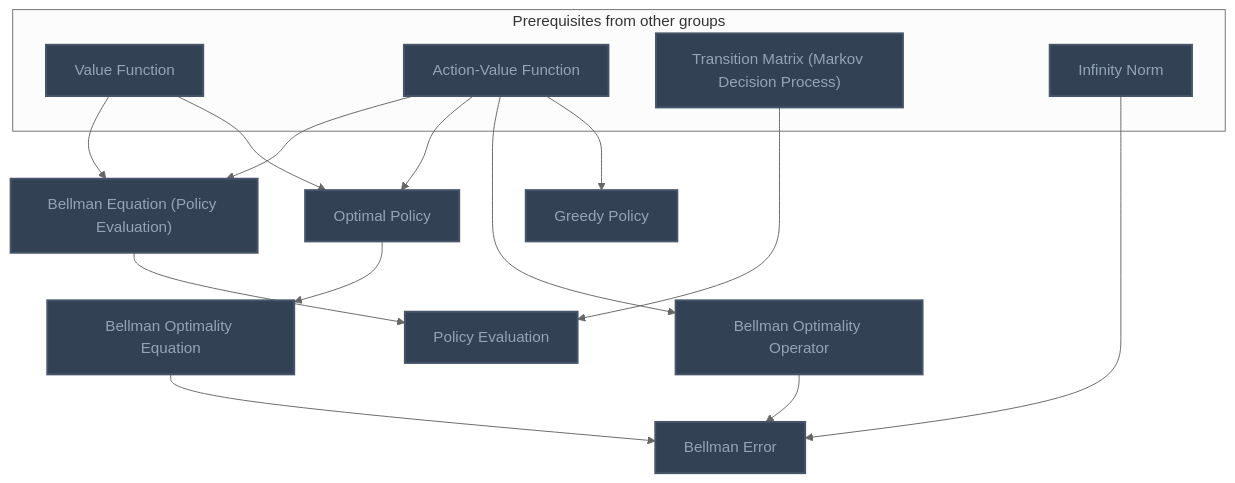
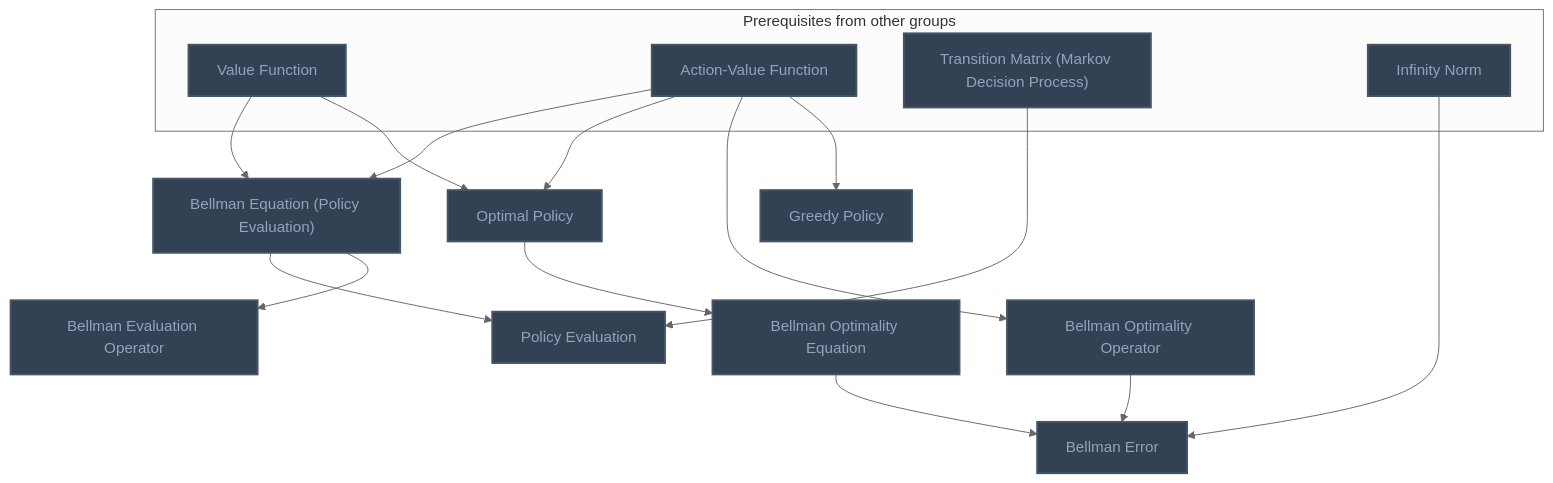
The third of 11 diagrams in Gamification/Skill Trees/Reinforcement Learning.md (MRauf1/My-Notes), drawn with Mermaid (neutral theme) before and after one commit. The commit also changed other lines of this file and 156 other files, not shown here.

````diff
--- a/Gamification/Skill Trees/Reinforcement Learning.md
+++ b/Gamification/Skill Trees/Reinforcement Learning.md
@@ -96,39 +99,41 @@
 ```mermaid
 flowchart TD
     classDef planned fill:#1E293B,stroke:#64748B,stroke-width:2px,stroke-dasharray:5 5,color:#94A3B8;
     classDef locked fill:#334155,stroke:#475569,stroke-width:2px,color:#94A3B8;
     classDef L0 fill:#F1F5F9,stroke:#94A3B8,stroke-width:2px,color:#000000;
     classDef L1 fill:#22C55E,stroke:#15803D,stroke-width:2px,color:#000000;
     classDef L2 fill:#3B82F6,stroke:#1D4ED8,stroke-width:3px,color:#FFFFFF;
     classDef L3 fill:#A855F7,stroke:#6B21A8,stroke-width:3px,color:#FFFFFF,font-weight:bold;
     classDef L4 fill:#F97316,stroke:#C2410C,stroke-width:4px,color:#000000,font-weight:bold;
     classDef L5 fill:#FFD700,stroke:#FF8C00,stroke-width:5px,color:#000000,font-weight:bold;
     classDef rusty stroke:#8B4513,stroke-width:4px,stroke-dasharray:3 3;
     subgraph sg_prereqs["Prerequisites from other groups"]
         n_value_function["Value Function"]
         n_action_value_function["Action-Value Function"]
         n_transition_matrix_markov_decision_process["Transition Matrix (Markov Decision Process)"]
         n_infinity_norm["Infinity Norm"]
     end
     n_bellman_equation_policy_evaluation["Bellman Equation (Policy Evaluation)"]
     n_policy_evaluation["Policy Evaluation"]
     n_optimal_policy["Optimal Policy"]
     n_bellman_optimality_equation["Bellman Optimality Equation"]
     n_bellman_optimality_operator["Bellman Optimality Operator"]
     n_bellman_error["Bellman Error"]
     n_greedy_policy["Greedy Policy"]
+    n_bellman_evaluation_operator["Bellman Evaluation Operator"]
     n_value_function --> n_bellman_equation_policy_evaluation
     n_action_value_function --> n_bellman_equation_policy_evaluation
     n_bellman_equation_policy_evaluation --> n_policy_evaluation
     n_transition_matrix_markov_decision_process --> n_policy_evaluation
     n_value_function --> n_optimal_policy
     n_action_value_function --> n_optimal_policy
     n_optimal_policy --> n_bellman_optimality_equation
     n_action_value_function --> n_bellman_optimality_operator
     n_bellman_optimality_equation --> n_bellman_error
     n_bellman_optimality_operator --> n_bellman_error
     n_infinity_norm --> n_bellman_error
     n_action_value_function --> n_greedy_policy
-    class n_value_function,n_action_value_function,n_transition_matrix_markov_decision_process,n_infinity_norm,n_bellman_equation_policy_evaluation,n_policy_evaluation,n_optimal_policy,n_bellman_optimality_equation,n_bellman_optimality_operator,n_bellman_error,n_greedy_policy locked;
-    class n_value_function,n_action_value_function,n_transition_matrix_markov_decision_process,n_infinity_norm,n_bellman_equation_policy_evaluation,n_policy_evaluation,n_optimal_policy,n_bellman_optimality_equation,n_bellman_optimality_operator,n_bellman_error,n_greedy_policy internal-link;
+    n_bellman_equation_policy_evaluation --> n_bellman_evaluation_operator
+    class n_value_function,n_action_value_function,n_transition_matrix_markov_decision_process,n_infinity_norm,n_bellman_equation_policy_evaluation,n_policy_evaluation,n_optimal_policy,n_bellman_optimality_equation,n_bellman_optimality_operator,n_bellman_error,n_greedy_policy,n_bellman_evaluation_operator locked;
+    class n_value_function,n_action_value_function,n_transition_matrix_markov_decision_process,n_infinity_norm,n_bellman_equation_policy_evaluation,n_policy_evaluation,n_optimal_policy,n_bellman_optimality_equation,n_bellman_optimality_operator,n_bellman_error,n_greedy_policy,n_bellman_evaluation_operator internal-link;
 ```
````
